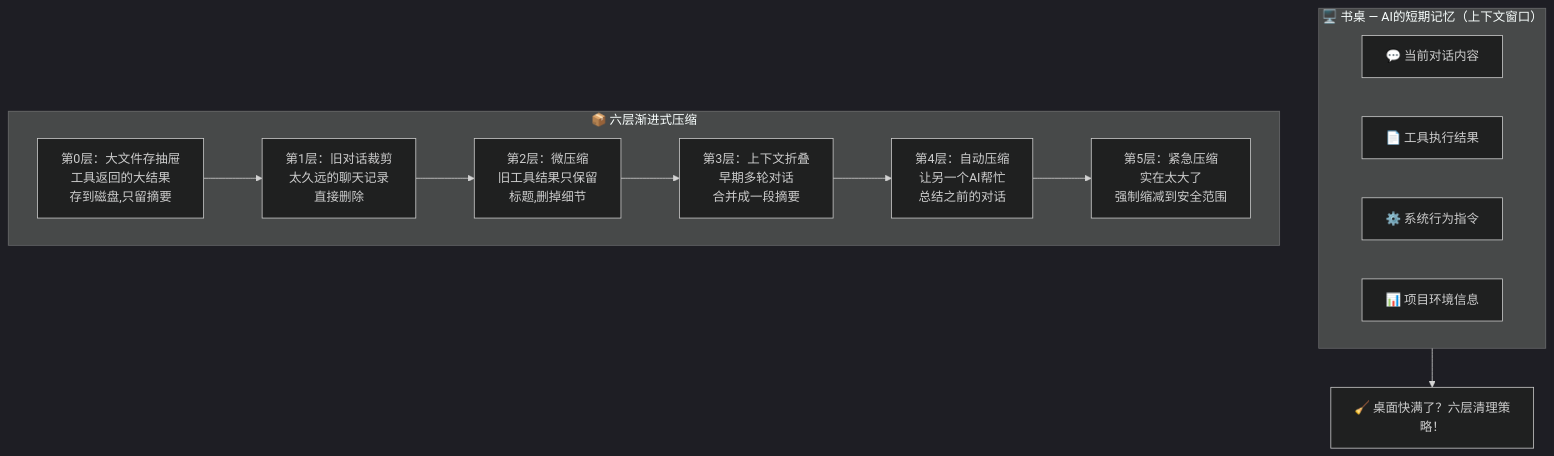
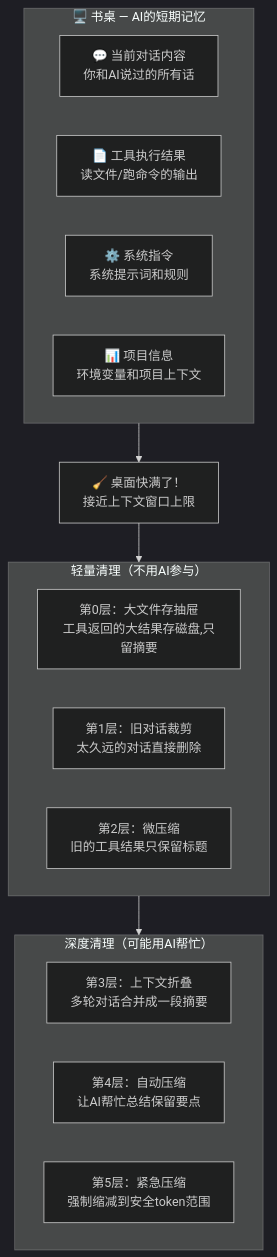
One commit to WSbaikaishui/claude-code-source-code changed the ninth of 25 diagrams in docs/architecture/00-visual-guide-complete.md. Above: the diagram before and after it, drawn with Mermaid (dark theme). The commit also changed other lines of this file and 73 other files, not shown here.

First line of the commit message:
Fix all Mermaid diagrams: restore semantics + fix dimensions

````diff
--- a/docs/architecture/00-visual-guide-complete.md
+++ b/docs/architecture/00-visual-guide-complete.md
@@ -320,21 +304,21 @@
 ```mermaid
 graph TD
-    subgraph DESK["🖥️ 书桌 — AI的短期记忆（上下文窗口）"]
-        D1["💬 当前对话内容"]
-        D2["📄 工具执行结果"]
-        D3["⚙️ 系统行为指令"]
-        D4["📊 项目环境信息"]
+    subgraph DESK["🖥️ 书桌 — AI的短期记忆"]
+        D1["💬 当前对话内容<br/>你和AI说过的所有话"]
+        D2["📄 工具执行结果<br/>读文件/跑命令的输出"]
+        D3["⚙️ 系统指令<br/>系统提示词和规则"]
+        D4["📊 项目信息<br/>环境变量和项目上下文"]
     end
-
-    DESK --> CLEAN["🧹 桌面快满了？六层清理策略！"]
-
-    subgraph LAYERS["📦 六层渐进式压缩"]
-        L0["第0层：大文件存抽屉<br/>工具返回的大结果<br/>存到磁盘,只留摘要"]
-        L1["第1层：旧对话裁剪<br/>太久远的聊天记录<br/>直接删除"]
-        L2["第2层：微压缩<br/>旧工具结果只保留<br/>标题,删掉细节"]
-        L3["第3层：上下文折叠<br/>早期多轮对话<br/>合并成一段摘要"]
-        L4["第4层：自动压缩<br/>让另一个AI帮忙<br/>总结之前的对话"]
-        L5["第5层：紧急压缩<br/>实在太大了<br/>强制缩减到安全范围"]
-        L0 --> L1 --> L2 --> L3 --> L4 --> L5
+    DESK --> CLEAN["🧹 桌面快满了！<br/>接近上下文窗口上限"]
+    subgraph LIGHT["轻量清理（不用AI参与）"]
+        L0["第0层：大文件存抽屉<br/>工具返回的大结果存磁盘,只留摘要"]
+        L1["第1层：旧对话裁剪<br/>太久远的对话直接删除"]
+        L2["第2层：微压缩<br/>旧的工具结果只保留标题"]
     end
+    subgraph DEEP["深度清理（可能用AI帮忙）"]
+        L3["第3层：上下文折叠<br/>多轮对话合并成一段摘要"]
+        L4["第4层：自动压缩<br/>让AI帮忙总结保留要点"]
+        L5["第5层：紧急压缩<br/>强制缩减到安全token范围"]
+    end
+    CLEAN --> LIGHT --> DEEP
 ```
````
